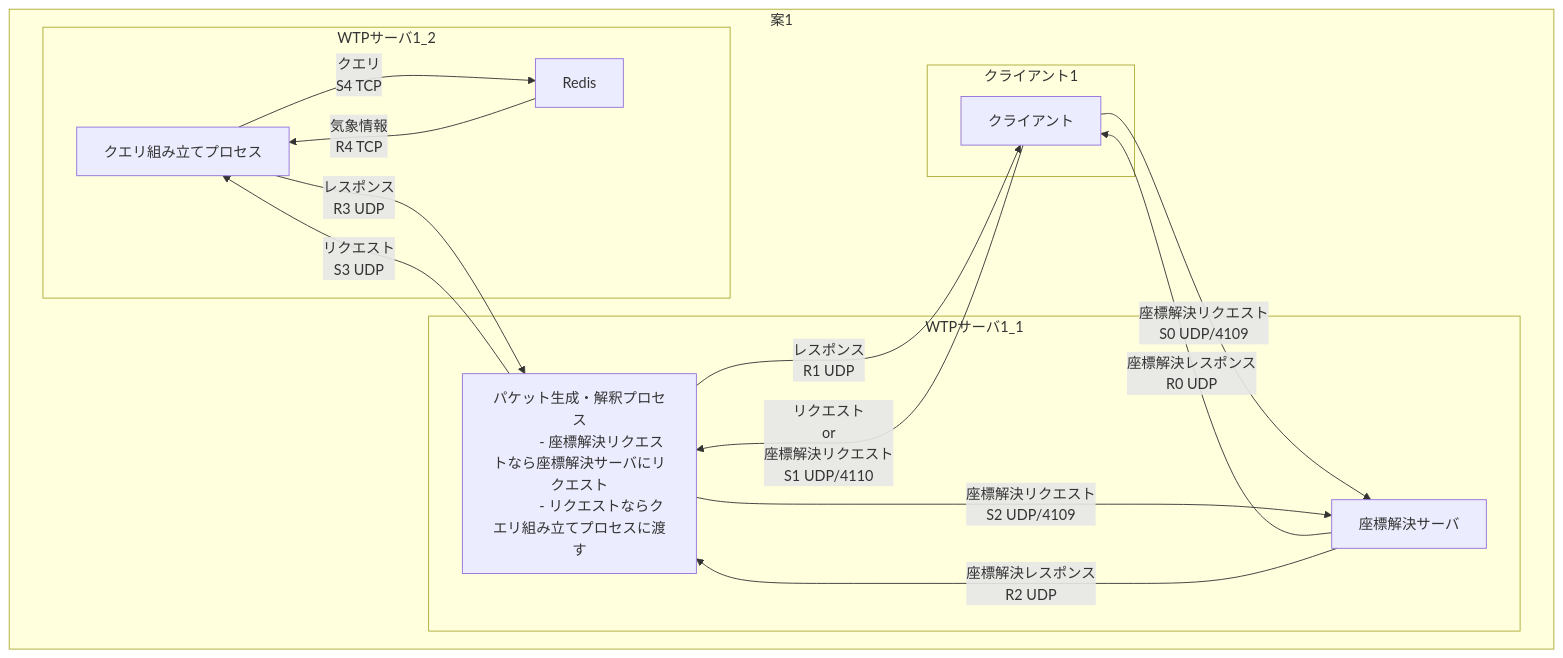
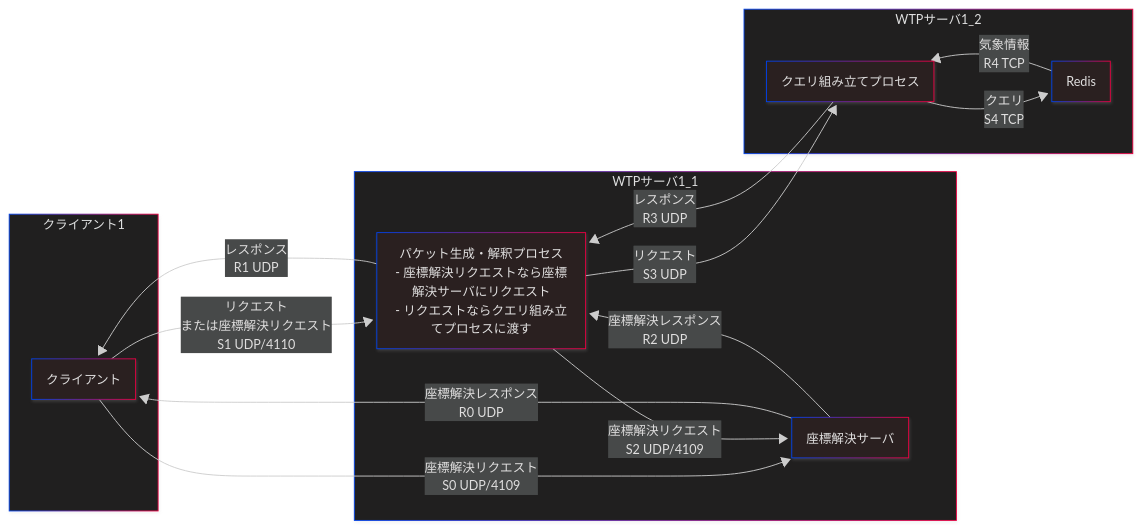
The diagram in mmd/構成.mmd (U22-2025/WIP), drawn with Mermaid before and after one commit.

Commit message:
フローチャートの構成を変更し、クライアントとサーバ間の通信フローを視覚化するための新しいMMDファイルを作成しました。レイアウトとテーマを設定し、ノード間の接続を明確にしました。

```diff
--- a/mmd/構成.mmd
+++ b/mmd/構成.mmd
@@ -1,45 +1,28 @@
-
-graph TD
-    subgraph "案1"
-        subgraph "クライアント1"
-            A2[クライアント]
-        end
-        
-        subgraph "WTPサーバ1_1"
-            E2[パケット生成・解釈プロセス
-            - 座標解決リクエストなら座標解決サーバにリクエスト
-            - リクエストならクエリ組み立てプロセスに渡す]
-            B2[座標解決サーバ]
-        end
-        
-        subgraph "WTPサーバ1_2"
-            C2[クエリ組み立てプロセス]
-            D2[Redis]
-        end
-        
-        A2 -->|"リクエスト
-        or
-        座標解決リクエスト
-        S1 UDP/4110"| E2
-        E2 -->|"レスポンス
-        R1 UDP"| A2
-        
-        A2 -->|"座標解決リクエスト
-        S0 UDP/4109"| B2
-        B2 -->|"座標解決レスポンス
-        R0 UDP"| A2
-        
-        E2 -->|"座標解決リクエスト
-        S2 UDP/4109"| B2
-        B2 -->|"座標解決レスポンス
-        R2 UDP"| E2
-        
-        E2 -->|"リクエスト
-        S3 UDP "| C2
-        C2 -->|"レスポンス
-        R3 UDP"| E2
-        C2 -->|"クエリ
-        S4 TCP"| D2
-        D2 -->|"気象情報
-        R4 TCP"| C2
-    end
+---
+config:
+  layout: fixed
+  theme: neo-dark
+  look: neo
+---
+flowchart LR
+ subgraph Client["クライアント1"]
+        A2["クライアント"]
+  end
+ subgraph Server1["WTPサーバ1_1"]
+        E2["パケット生成・解釈プロセス<br>- 座標解決リクエストなら座標解決サーバにリクエスト<br>- リクエストならクエリ組み立てプロセスに渡す"]
+        B2["座標解決サーバ"]
+  end
+ subgraph Server2["WTPサーバ1_2"]
+        C2["クエリ組み立てプロセス"]
+        D2["Redis"]
+  end
+    A2 -- リクエスト<br>または座標解決リクエスト<br>S1 UDP/4110 --> E2
+    A2 -- 座標解決リクエスト<br>S0 UDP/4109 --> B2
+    E2 -- レスポンス<br>R1 UDP --> A2
+    B2 -- 座標解決レスポンス<br>R0 UDP --> A2
+    E2 -- 座標解決リクエスト<br>S2 UDP/4109 --> B2
+    B2 -- 座標解決レスポンス<br>R2 UDP --> E2
+    E2 -- リクエスト<br>S3 UDP --> C2
+    C2 -- レスポンス<br>R3 UDP --> E2
+    C2 -- クエリ<br>S4 TCP --> D2
+    D2 -- 気象情報<br>R4 TCP --> C2
```
